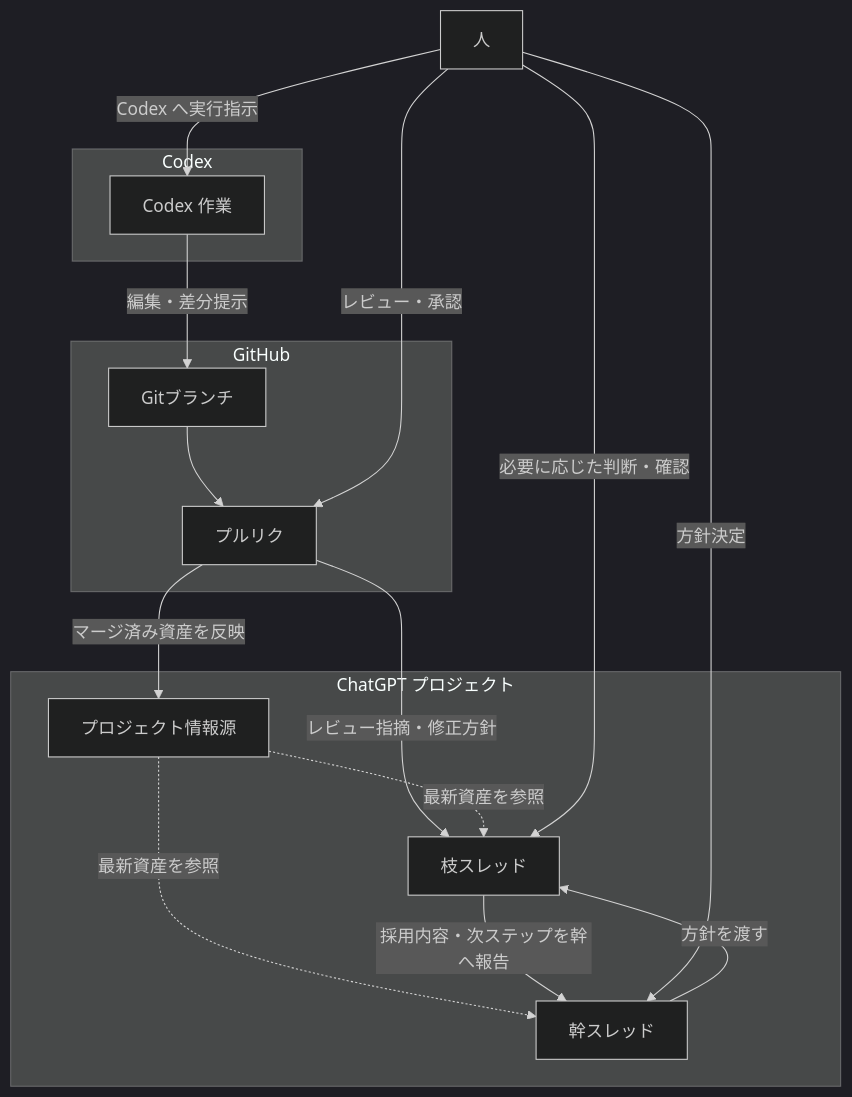
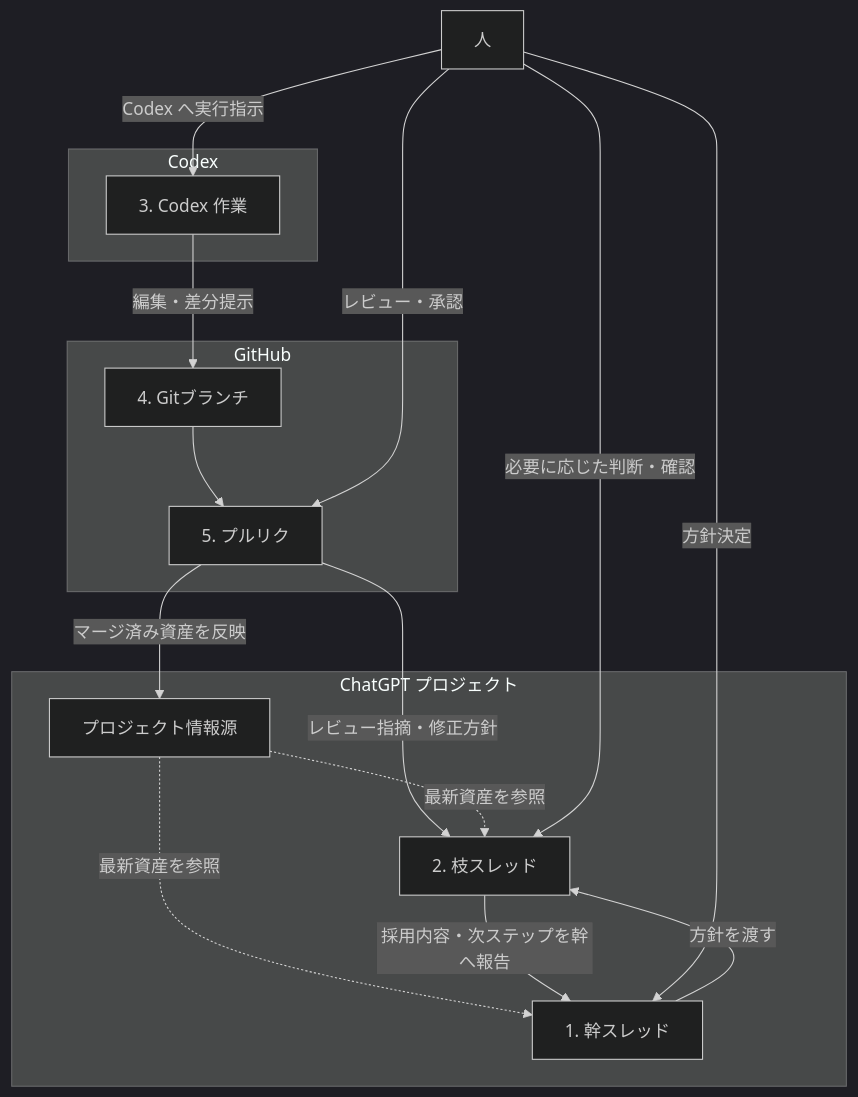
The diagram in docs/diagrams/01_operating_model.md (daisan-chan/chatgpt-codex-playbook), drawn with Mermaid (dark theme) before and after one commit. The commit also changed other lines of this file, not shown here.

Commit message:
Number main flow nodes and clarify post-merge reflection step

````diff
--- a/docs/diagrams/01_operating_model.md
+++ b/docs/diagrams/01_operating_model.md
@@ -5,33 +5,33 @@
 ```mermaid
 flowchart TB
     H[人]
 
     subgraph S1[ChatGPT プロジェクト]
-        M[幹スレッド]
-        B[枝スレッド]
+        M[1. 幹スレッド]
+        B[2. 枝スレッド]
         A[プロジェクト情報源]
     end
 
     subgraph S2[Codex]
-        X[Codex 作業]
+        X[3. Codex 作業]
     end
 
     subgraph S3[GitHub]
-        G[Gitブランチ]
-        P[プルリク]
+        G[4. Gitブランチ]
+        P[5. プルリク]
     end
 
     M -->|方針を渡す| B
     H -->|Codex へ実行指示| X
     X -->|編集・差分提示| G
     G --> P
     P -->|レビュー指摘・修正方針| B
     P -->|マージ済み資産を反映| A
     A -.->|最新資産を参照| M
     A -.->|最新資産を参照| B
     B -->|採用内容・次ステップを幹へ報告| M
 
     H -->|方針決定| M
     H -->|必要に応じた判断・確認| B
     H -->|レビュー・承認| P
 ```
````
